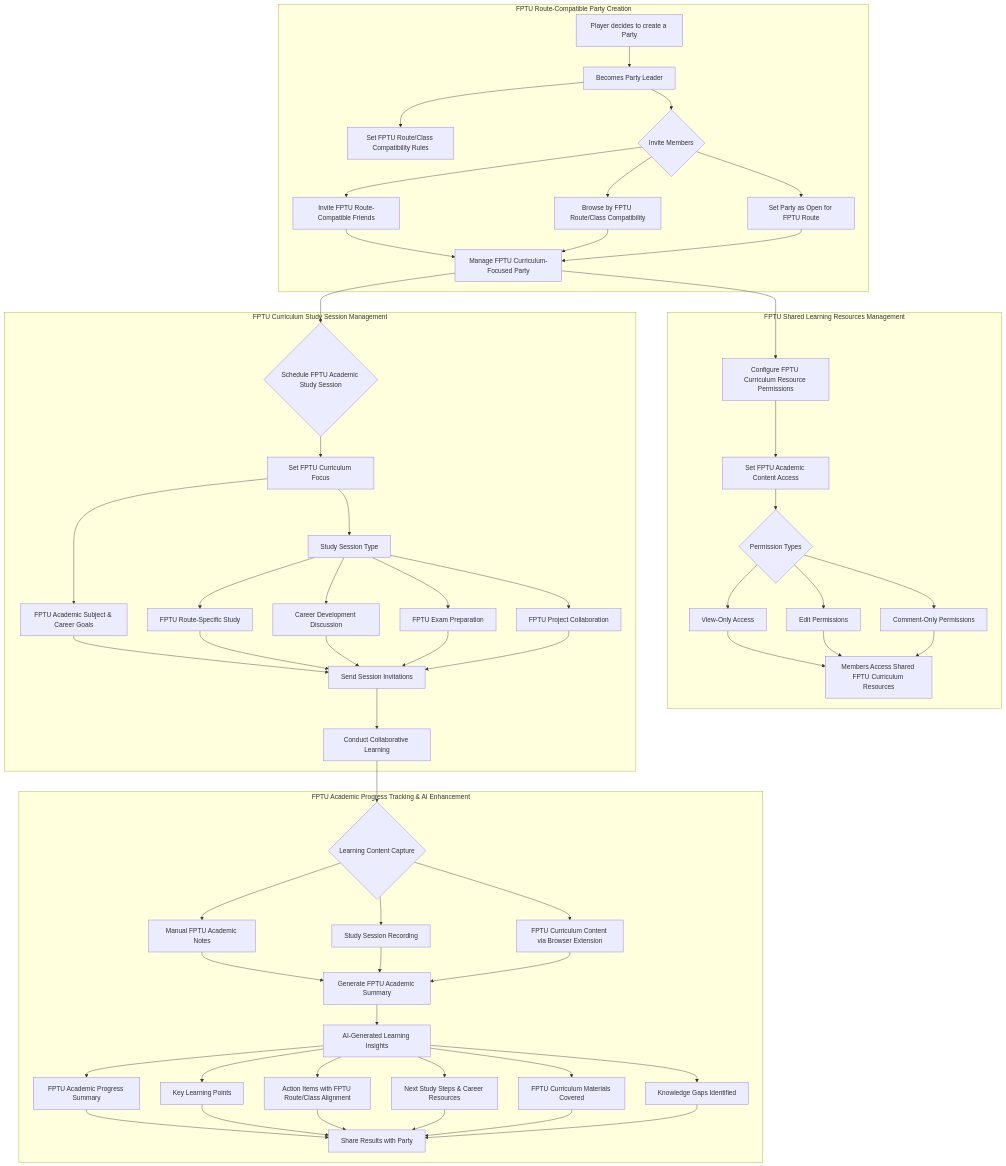
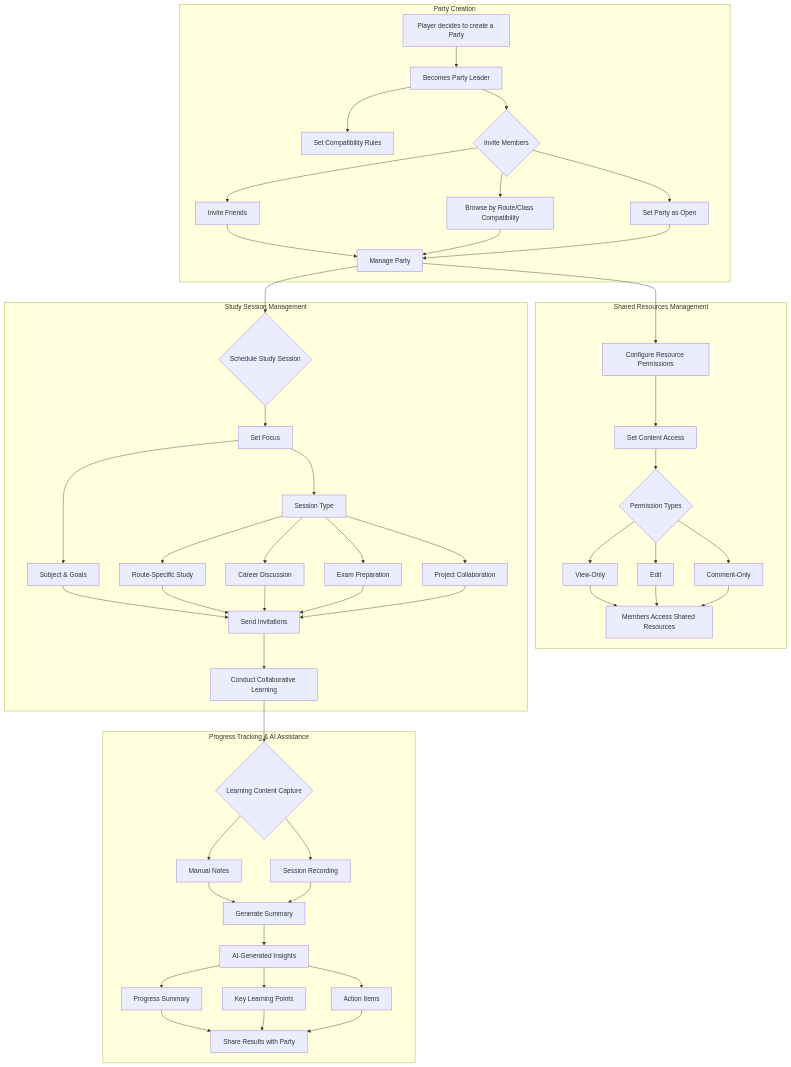
Before and after one commit to FA25SE050-RogueLearn/RogueLearn.BMAD.Documentation: the third of 4 diagrams in docs/prd/user-flows.md, drawn with Mermaid. The commit also changed other lines of this file and 13 other files, not shown here.

````diff
--- a/docs/prd/user-flows.md
+++ b/docs/prd/user-flows.md
@@ -163,66 +95,58 @@
 ```mermaid
 graph TD
-    subgraph "FPTU Route-Compatible Party Creation"
-        A[Player decides to create a Party] --> B[Becomes Party Leader];
-        B --> C[Set FPTU Route/Class Compatibility Rules];
-        B --> D{Invite Members};
-        D --> E[Invite FPTU Route-Compatible Friends];
-        D --> F[Browse by FPTU Route/Class Compatibility];
-        D --> G[Set Party as Open for FPTU Route];
-        E --> H[Manage FPTU Curriculum-Focused Party];
-        F --> H;
-        G --> H;
+    subgraph "Party Creation"
+        A[Player decides to create a Party] --> B[Becomes Party Leader]
+        B --> C[Set Compatibility Rules]
+        B --> D{Invite Members}
+        D --> E[Invite Friends]
+        D --> F[Browse by Route/Class Compatibility]
+        D --> G[Set Party as Open]
+        E --> H[Manage Party]
+        F --> H
+        G --> H
     end
 
-    subgraph "FPTU Shared Learning Resources Management"
-        H --> I[Configure FPTU Curriculum Resource Permissions];
-        I --> J[Set FPTU Academic Content Access];
-        J --> K{Permission Types};
-        K --> L[View-Only Access];
-        K --> M[Edit Permissions];
-        K --> N[Comment-Only Permissions];
-        L --> O[Members Access Shared FPTU Curriculum Resources];
-        M --> O;
-        N --> O;
+    subgraph "Shared Resources Management"
+        H --> I[Configure Resource Permissions]
+        I --> J[Set Content Access]
+        J --> K{Permission Types}
+        K --> L[View-Only]
+        K --> M[Edit]
+        K --> N[Comment-Only]
+        L --> O[Members Access Shared Resources]
+        M --> O
+        N --> O
     end
 
-    subgraph "FPTU Curriculum Study Session Management"
-        H --> P{Schedule FPTU Academic Study Session};
-        P --> Q[Set FPTU Curriculum Focus];
-        Q --> Q1[FPTU Academic Subject & Career Goals];
-        Q --> Q2[Study Session Type];
-        Q2 --> Q3[FPTU Route-Specific Study];
-        Q2 --> Q4[Career Development Discussion];
-        Q2 --> Q5[FPTU Exam Preparation];
-        Q2 --> Q6[FPTU Project Collaboration];
-        Q1 --> R[Send Session Invitations];
-        Q3 --> R;
-        Q4 --> R;
-        Q5 --> R;
-        Q6 --> R;
-        R --> S[Conduct Collaborative Learning];
+    subgraph "Study Session Management"
+        H --> P{Schedule Study Session}
+        P --> Q[Set Focus]
+        Q --> Q1[Subject & Goals]
+        Q --> Q2[Session Type]
+        Q2 --> Q3[Route-Specific Study]
+        Q2 --> Q4[Career Discussion]
+        Q2 --> Q5[Exam Preparation]
+        Q2 --> Q6[Project Collaboration]
+        Q1 --> R[Send Invitations]
+        Q3 --> R
+        Q4 --> R
+        Q5 --> R
+        Q6 --> R
+        R --> S[Conduct Collaborative Learning]
     end
 
-    subgraph "FPTU Academic Progress Tracking & AI Enhancement"
-        S --> T{Learning Content Capture};
-        T --> U[Manual FPTU Academic Notes];
-        T --> V[Study Session Recording];
-        T --> W[FPTU Curriculum Content via Browser Extension];
-        U --> X[Generate FPTU Academic Summary];
-        V --> X;
-        W --> X;
-        X --> Y[AI-Generated Learning Insights];
-        Y --> Z[FPTU Academic Progress Summary];
-        Y --> AA[Key Learning Points];
-        Y --> BB[Action Items with FPTU Route/Class Alignment];
-        Y --> CC[Next Study Steps & Career Resources];
-        Y --> DD[FPTU Curriculum Materials Covered];
-        Y --> EE[Knowledge Gaps Identified];
-        Z --> FF[Share Results with Party];
-        AA --> FF;
-        BB --> FF;
-        CC --> FF;
-        DD --> FF;
-        EE --> FF;
+    subgraph "Progress Tracking & AI Assistance"
+        S --> T{Learning Content Capture}
+        T --> U[Manual Notes]
+        T --> V[Session Recording]
+        U --> X[Generate Summary]
+        V --> X
+        X --> Y[AI-Generated Insights]
+        Y --> Z[Progress Summary]
+        Y --> AA[Key Learning Points]
+        Y --> BB[Action Items]
+        Z --> FF[Share Results with Party]
+        AA --> FF
+        BB --> FF
     end
 ```
````
